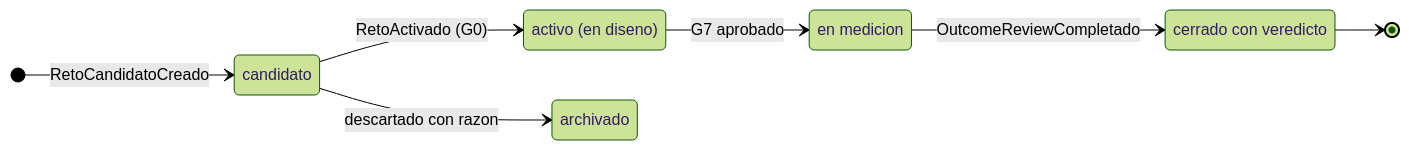
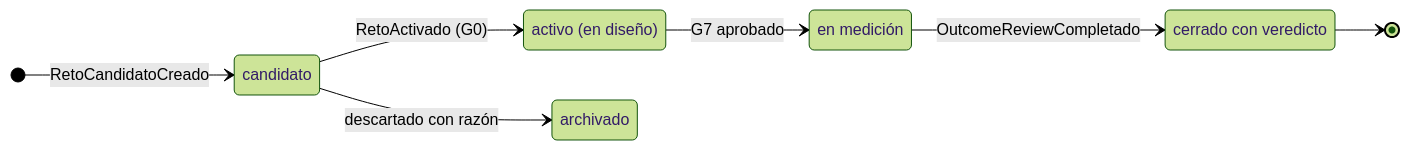
The fourth of 7 diagrams in docs/01-ddd/domain-model.md (jtrujillo-ws/designio-app), drawn with Mermaid (forest theme) before and after one commit. The commit also changed other lines of this file and 4 other files, not shown here.

````diff
--- a/docs/01-ddd/domain-model.md
+++ b/docs/01-ddd/domain-model.md
@@ -404,16 +404,16 @@
 ```mermaid
 stateDiagram-v2
   direction LR
   state "candidato" as C
-  state "activo (en diseno)" as A
-  state "en medicion" as M
+  state "activo (en diseño)" as A
+  state "en medición" as M
   state "cerrado con veredicto" as X
   state "archivado" as AR
 
   [*] --> C : RetoCandidatoCreado
   C --> A : RetoActivado (G0)
   A --> M : G7 aprobado
   M --> X : OutcomeReviewCompletado
-  C --> AR : descartado con razon
+  C --> AR : descartado con razón
   X --> [*]
 ```
````
